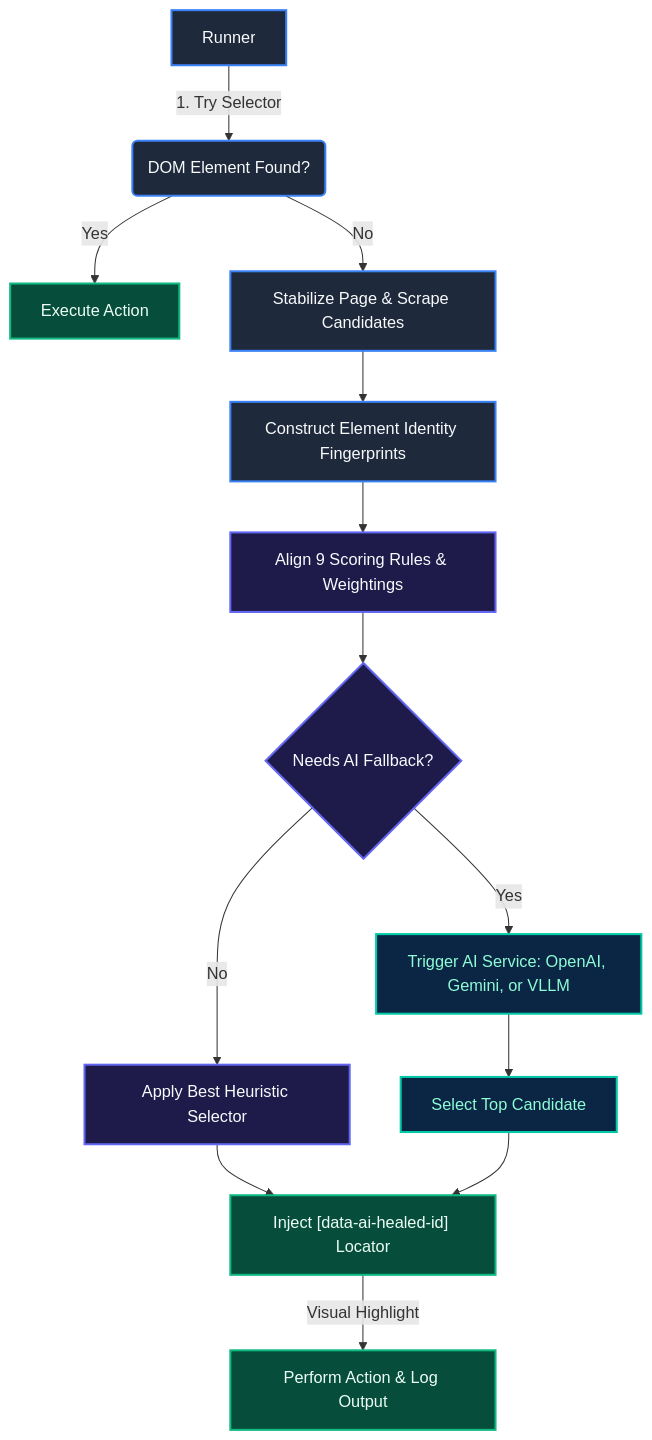
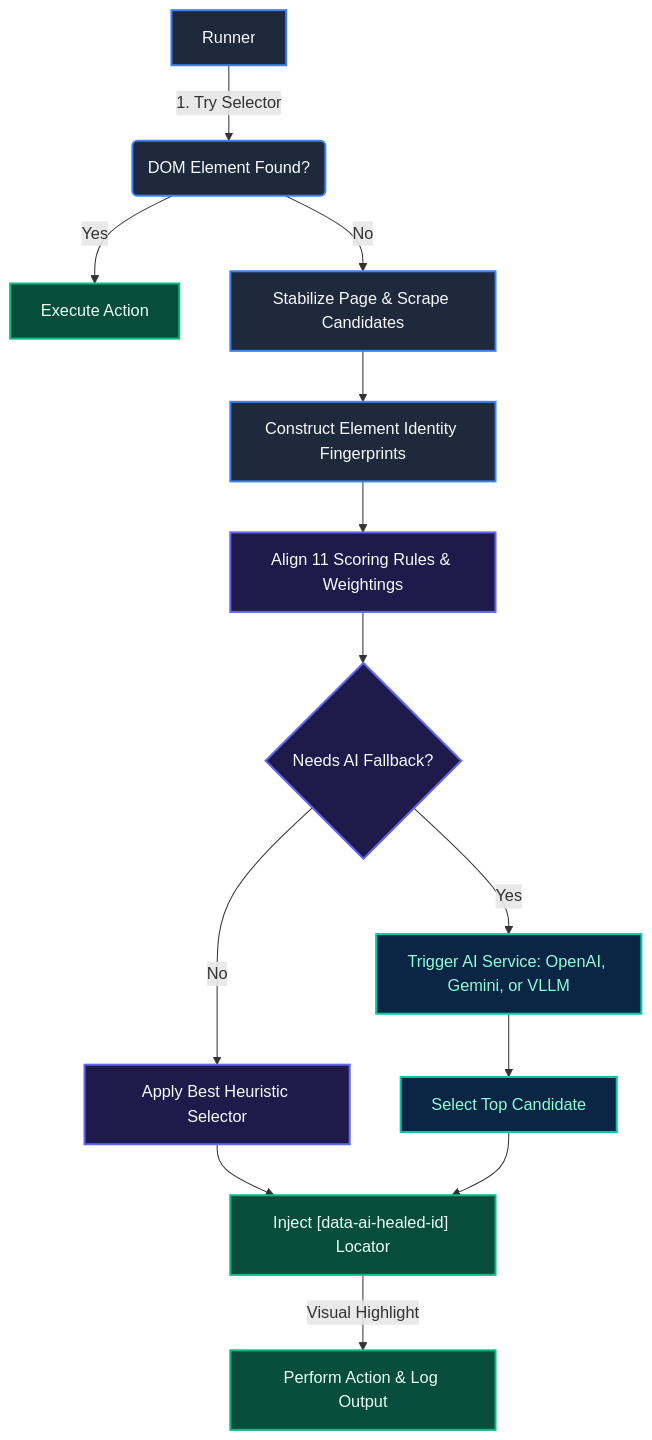
Before and after one commit to shambhoo-narwaria/reLOCATE.AI-Intelligent-Element-Recovery-Engine: the diagram in README.md, drawn with Mermaid. The commit also changed other lines of this file and 39 other files, not shown here.

Commit message:
refactor: reorganize structure, align scoring rules documentation and update weights

````diff
--- a/README.md
+++ b/README.md
@@ -43,21 +43,21 @@
 ```mermaid
 graph TD
     %% Custom Theme Styling
     classDef runner fill:#1e293b,stroke:#3b82f6,stroke-width:2px,color:#f8fafc;
     classDef scoring fill:#1e1b4b,stroke:#6366f1,stroke-width:2px,color:#f8fafc;
     classDef ai fill:#0b2545,stroke:#00c9a7,stroke-width:2px,color:#8efcd4;
     classDef action fill:#064e3b,stroke:#10b981,stroke-width:2px,color:#ecfdf5;
 
     A[Runner]:::runner -->|1. Try Selector| B(DOM Element Found?):::runner
     B -->|Yes| C[Execute Action]:::action
     B -->|No| D[Stabilize Page & Scrape Candidates]:::runner
     D --> E[Construct Element Identity Fingerprints]:::runner
-    E --> F[Align 9 Scoring Rules & Weightings]:::scoring
+    E --> F[Align 11 Scoring Rules & Weightings]:::scoring
     F --> G{Needs AI Fallback?}:::scoring
     G -->|No| H[Apply Best Heuristic Selector]:::scoring
     G -->|Yes| I["Trigger AI Service: OpenAI, Gemini, or VLLM"]:::ai
     I --> J[Select Top Candidate]:::ai
     H --> K["Inject [data-ai-healed-id] Locator"]:::action
     J --> K
     K -->|Visual Highlight| L[Perform Action & Log Output]:::action
 ```
````
